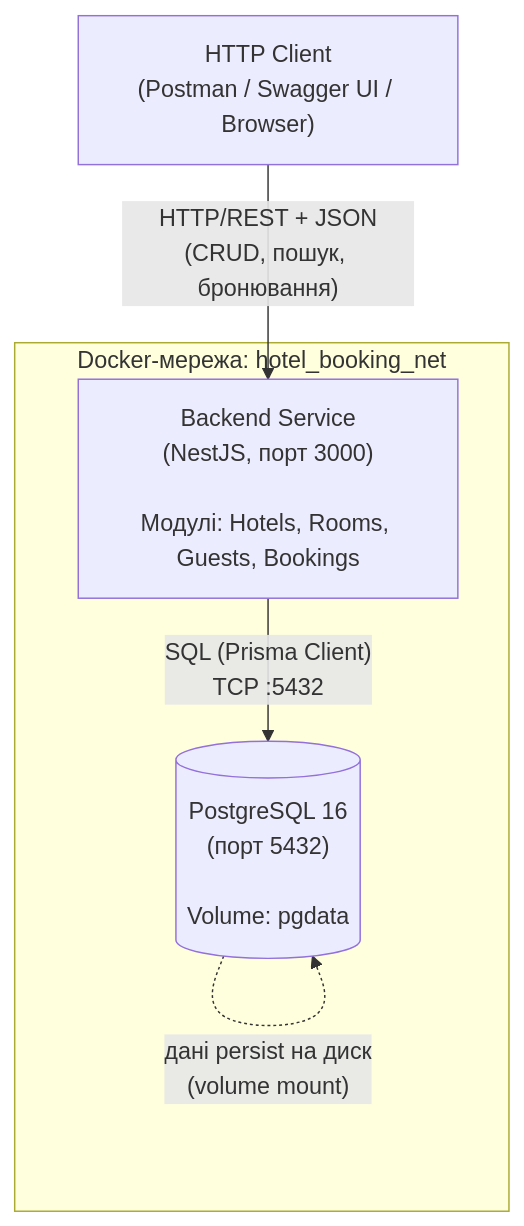
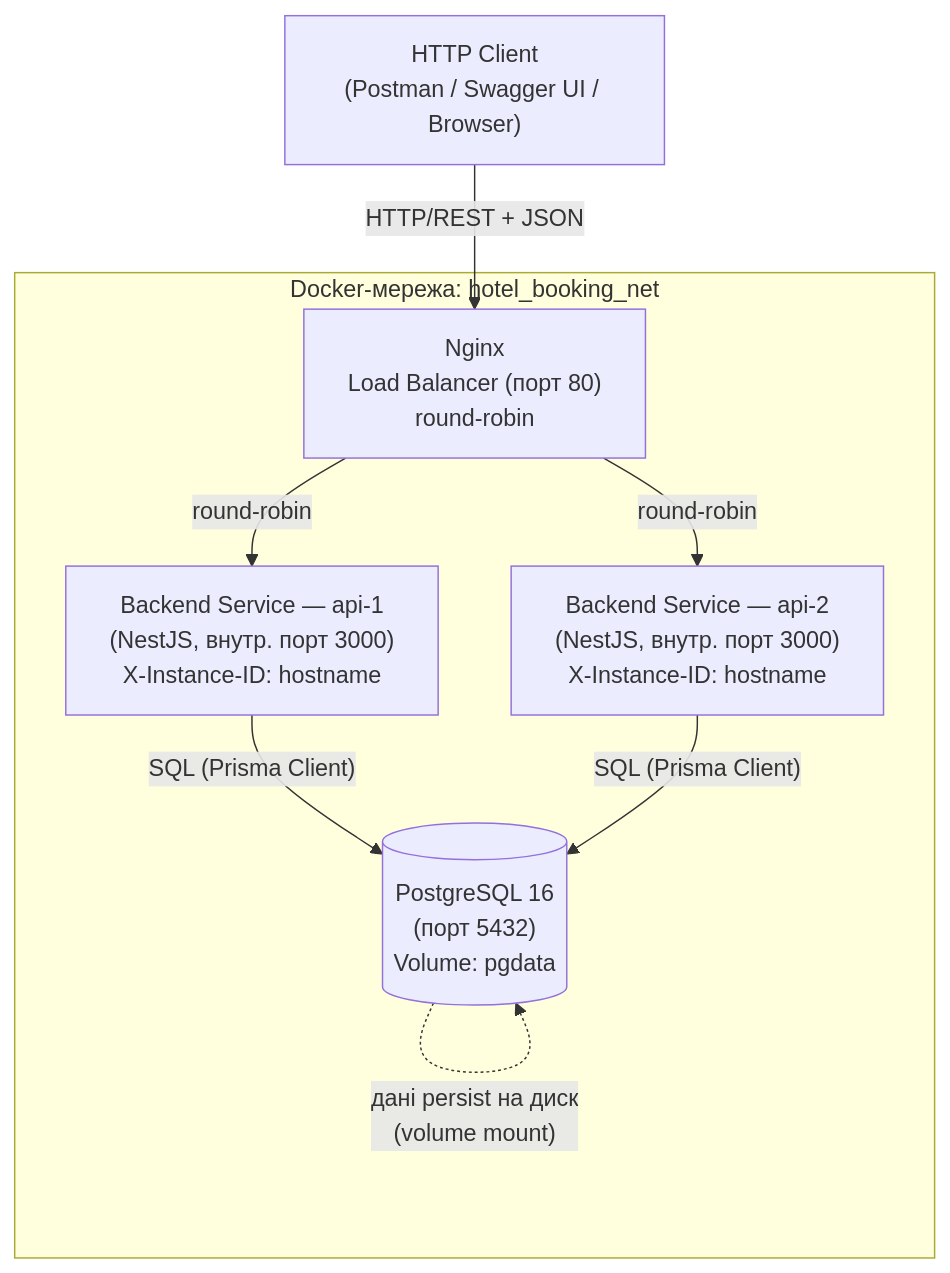
The first of 2 diagrams in README.md (zhurykmaks11/Booking_hotel), drawn with Mermaid before and after one commit. The commit also changed other lines of this file, not shown here.

````diff
--- a/README.md
+++ b/README.md
@@ -36,13 +39,18 @@
 ```mermaid
 flowchart TB
     Client["HTTP Client<br/>(Postman / Swagger UI / Browser)"]
 
     subgraph Docker["Docker-мережа: hotel_booking_net"]
-        API["Backend Service<br/>(NestJS, порт 3000)<br/><br/>Модулі: Hotels, Rooms, Guests, Bookings"]
-        DB[("PostgreSQL 16<br/>(порт 5432)<br/><br/>Volume: pgdata")]
+        Nginx["Nginx<br/>Load Balancer (порт 80)<br/>round-robin"]
+        API1["Backend Service — api-1<br/>(NestJS, внутр. порт 3000)<br/>X-Instance-ID: hostname"]
+        API2["Backend Service — api-2<br/>(NestJS, внутр. порт 3000)<br/>X-Instance-ID: hostname"]
+        DB[("PostgreSQL 16<br/>(порт 5432)<br/>Volume: pgdata")]
     end
 
-    Client -- "HTTP/REST + JSON<br/>(CRUD, пошук, бронювання)" --> API
-    API -- "SQL (Prisma Client)<br/>TCP :5432" --> DB
+    Client -- "HTTP/REST + JSON" --> Nginx
+    Nginx -- "round-robin" --> API1
+    Nginx -- "round-robin" --> API2
+    API1 -- "SQL (Prisma Client)" --> DB
+    API2 -- "SQL (Prisma Client)" --> DB
     DB -. "дані persist на диск<br/>(volume mount)" .-> DB
 ```
````
